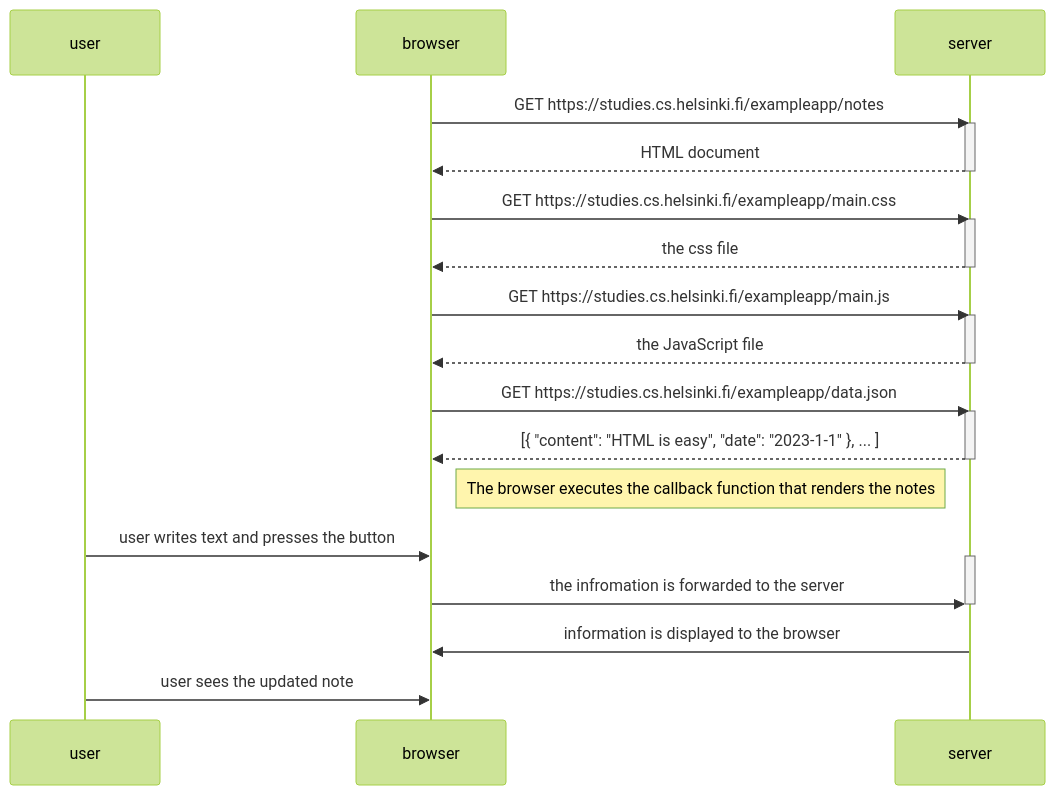
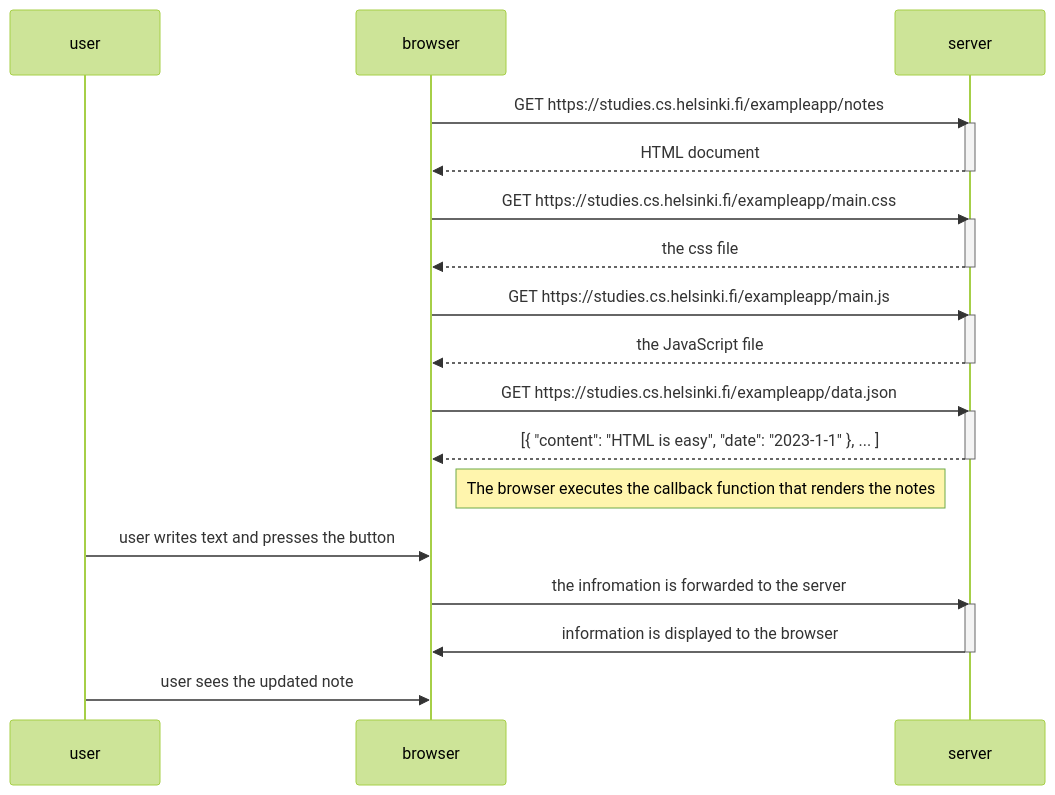
The diagram in osa0/tehtävä4.md (leonasihvonen/FULLSTACK), drawn with Mermaid (forest theme) before and after one commit. The commit also changed other lines of this file, not shown here.

````diff
--- a/osa0/tehtävä4.md
+++ b/osa0/tehtävä4.md
@@ -1,35 +1,35 @@
 ```mermaid
 sequenceDiagram
     participant user
     participant browser
     participant server
     
     browser->>server: GET https://studies.cs.helsinki.fi/exampleapp/notes
     activate server
     server-->>browser: HTML document
     deactivate server
     
     browser->>server: GET https://studies.cs.helsinki.fi/exampleapp/main.css
     activate server
     server-->>browser: the css file
     deactivate server
     
     browser->>server: GET https://studies.cs.helsinki.fi/exampleapp/main.js
     activate server
     server-->>browser: the JavaScript file
     deactivate server
     
     browser->>server: GET https://studies.cs.helsinki.fi/exampleapp/data.json
     activate server
     server-->>browser: [{ "content": "HTML is easy", "date": "2023-1-1" }, ... ]
     deactivate server    
 
     Note right of browser: The browser executes the callback function that renders the notes 
 
     user->>browser: user writes text and presses the button
+    browser->>server: the infromation is forwarded to the server
     activate server
-    browser->>server: the infromation is forwarded to the server
+    server->>browser: information is displayed to the browser
     deactivate server
-    server->>browser: information is displayed to the browser
     user->>browser: user sees the updated note
 ```
````
